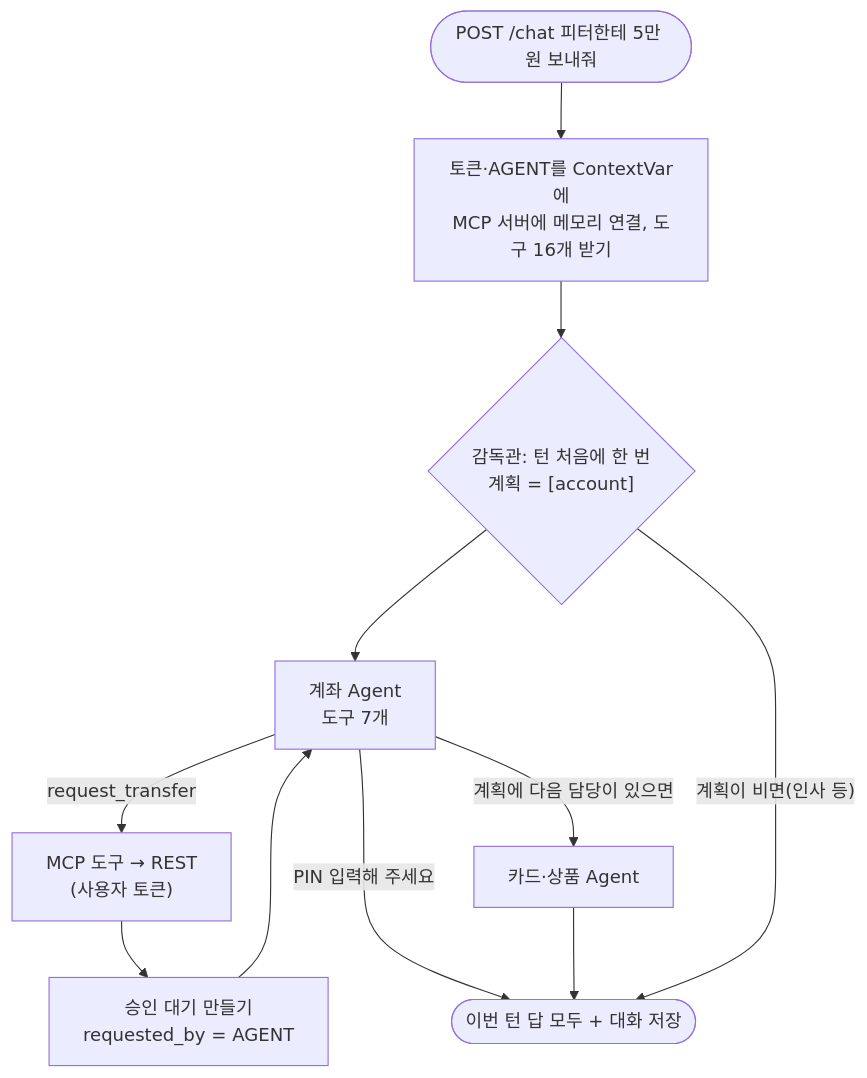
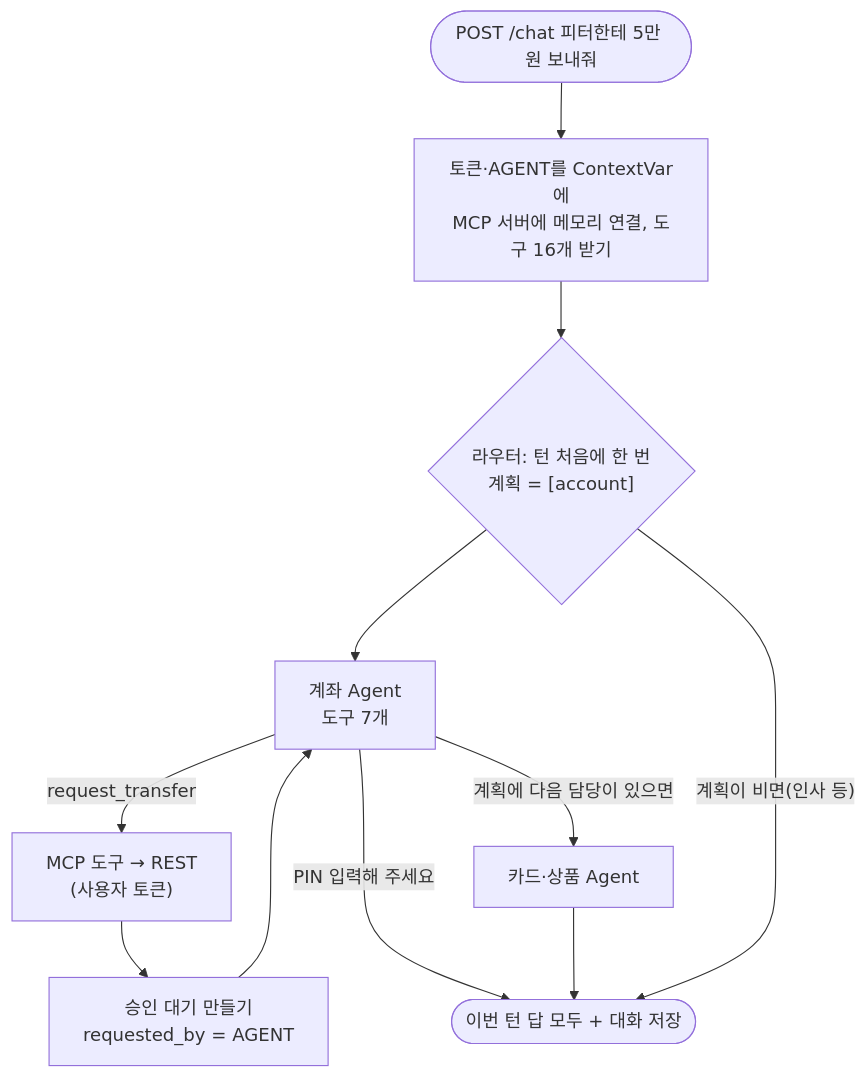
The diagram in docs/guides/12-agent.md (noviz-domino/avengers-bank-noviz), drawn with Mermaid before and after one commit. The commit also changed other lines of this file and 17 other files, not shown here.

First line of the commit message:
AI 상담 스트리밍(진행 상태 + 답 글자), 감독관 → 라우터 (#25)

````diff
--- a/docs/guides/12-agent.md
+++ b/docs/guides/12-agent.md
@@ -20,13 +20,13 @@
 ```mermaid
 flowchart TD
     U([POST /chat 피터한테 5만 원 보내줘]) --> T["토큰·AGENT를 ContextVar에<br/>MCP 서버에 메모리 연결, 도구 16개 받기"]
-    T --> S{"감독관: 턴 처음에 한 번<br/>계획 = [account]"}
+    T --> S{"라우터: 턴 처음에 한 번<br/>계획 = [account]"}
     S --> A["계좌 Agent<br/>도구 7개"]
     A -- "request_transfer" --> M["MCP 도구 → REST<br/>(사용자 토큰)"]
     M --> P["승인 대기 만들기<br/>requested_by = AGENT"]
     P --> A
     A -- "계획에 다음 담당이 있으면" --> C["카드·상품 Agent"]
     A -- "PIN 입력해 주세요" --> R([이번 턴 답 모두 + 대화 저장])
     C --> R
     S -- "계획이 비면(인사 등)" --> R
 ```
````
